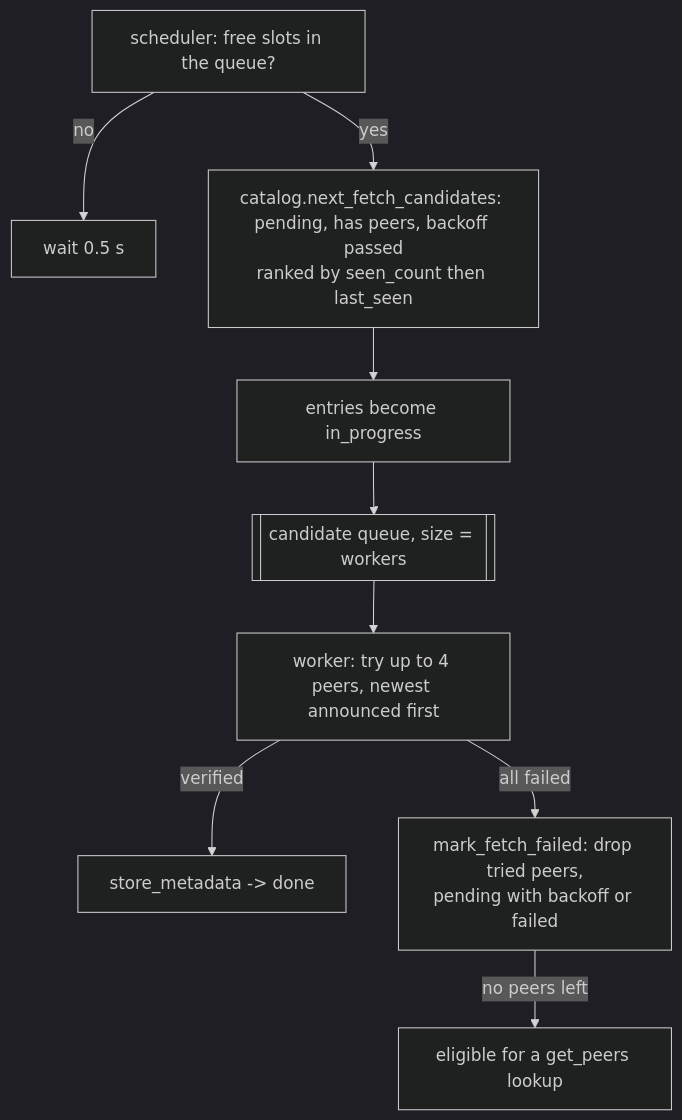
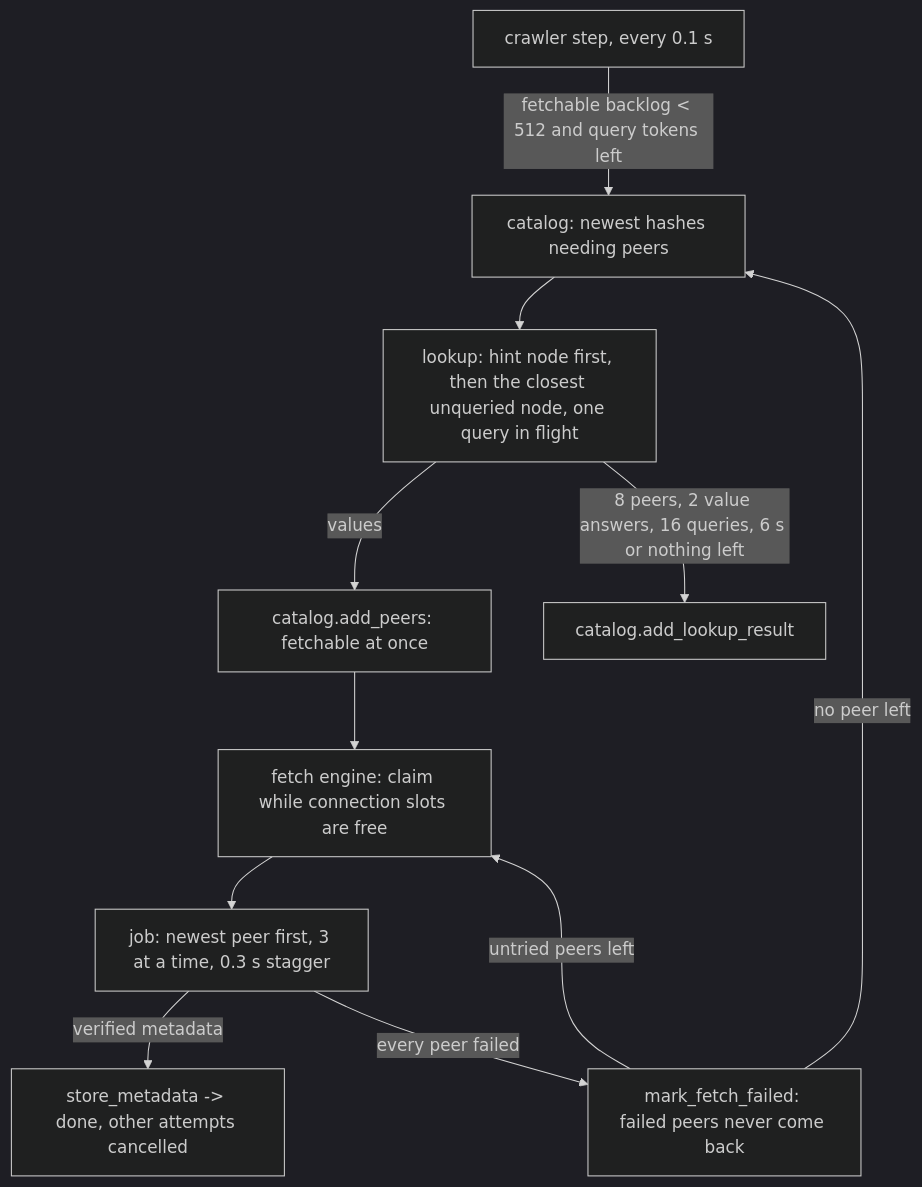
The sixth of 7 diagrams in README.md (J4GL/LIF), drawn with Mermaid (dark theme) before and after one commit. The commit also changed other lines of this file and 32 other files, not shown here.

````diff
--- a/README.md
+++ b/README.md
@@ -243,11 +282,13 @@
 ```mermaid
 flowchart TD
-    A[scheduler: free slots in the queue?] -->|no| Z[wait 0.5 s]
-    A -->|yes| B[catalog.next_fetch_candidates: pending, has peers, backoff passed<br/>ranked by seen_count then last_seen]
-    B --> C[entries become in_progress]
-    C --> D[[candidate queue, size = workers]]
-    D --> E[worker: try up to 4 peers, newest announced first]
-    E -->|verified| F[store_metadata -> done]
-    E -->|all failed| G[mark_fetch_failed: drop tried peers,<br/>pending with backoff or failed]
-    G -->|no peers left| H[eligible for a get_peers lookup]
+    A[crawler step, every 0.1 s] -->|"fetchable backlog < 512 and query tokens left"| B[catalog: newest hashes needing peers]
+    B --> C[lookup: hint node first, then the closest unqueried node, one query in flight]
+    C -->|"values"| D[catalog.add_peers: fetchable at once]
+    C -->|"8 peers, 2 value answers, 16 queries, 6 s or nothing left"| E[catalog.add_lookup_result]
+    D --> F[fetch engine: claim while connection slots are free]
+    F --> G[job: newest peer first, 3 at a time, 0.3 s stagger]
+    G -->|"verified metadata"| H[store_metadata -> done, other attempts cancelled]
+    G -->|"every peer failed"| I[mark_fetch_failed: failed peers never come back]
+    I -->|"untried peers left"| F
+    I -->|"no peer left"| B
 ```
````
